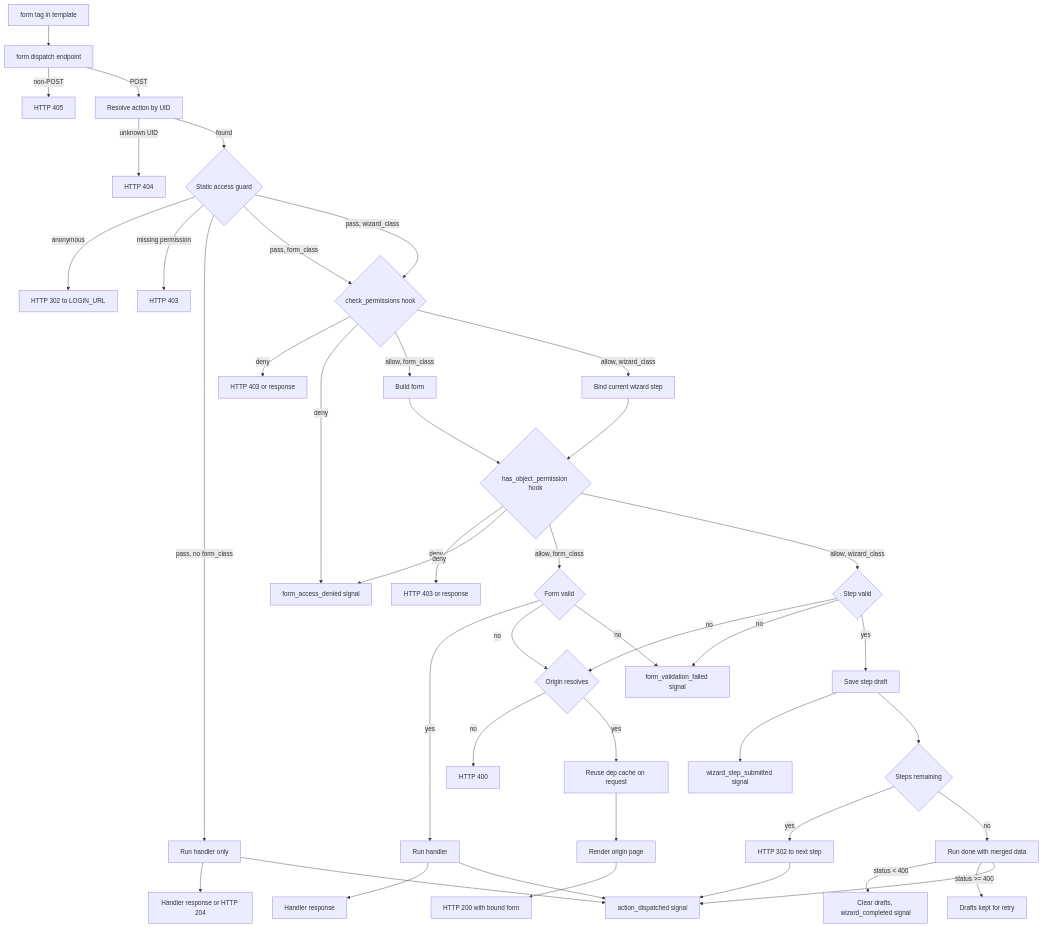
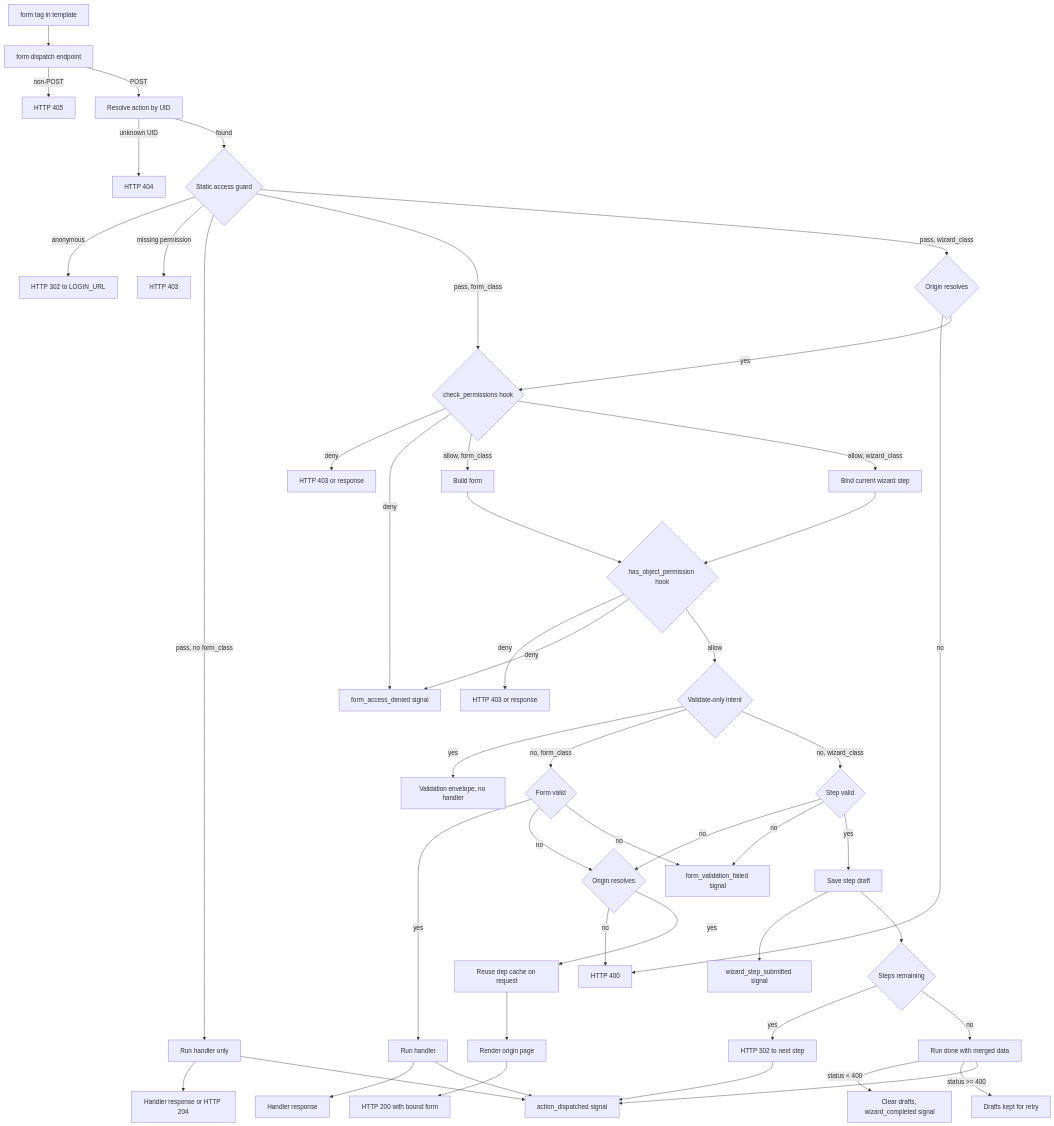
One commit to next-dj/next-dj changed the diagram in docs/content/internals/action-dispatch.rst. Above: the diagram before and after it, drawn with Mermaid. The commit also changed other lines of this file and 117 other files, not shown here.

```diff
--- a/docs/content/internals/action-dispatch.rst
+++ b/docs/content/internals/action-dispatch.rst
@@ -23,45 +23,49 @@
 .. mermaid::
 
    flowchart TB
        Template["form tag in template"] --> Endpoint["form dispatch endpoint"]
        Endpoint -- "non-POST" --> NotAllowed["HTTP 405"]
        Endpoint -- POST --> Lookup["Resolve action by UID"]
        Lookup -- unknown UID --> NotFound["HTTP 404"]
        Lookup -- found --> Guard{"Static access guard"}
        Guard -- anonymous --> LoginRedirect["HTTP 302 to LOGIN_URL"]
        Guard -- "missing permission" --> Forbidden["HTTP 403"]
        Guard -- "pass, no form_class" --> HandlerOnly["Run handler only"]
        Guard -- "pass, form_class" --> ViewHook{"check_permissions hook"}
-       Guard -- "pass, wizard_class" --> ViewHook
+       Guard -- "pass, wizard_class" --> WizardOrigin{"Origin resolves"}
+       WizardOrigin -- no --> BadRequest["HTTP 400"]
+       WizardOrigin -- yes --> ViewHook
        ViewHook -- "deny" --> HookDenied["HTTP 403 or response"]
        ViewHook -- "deny" --> AccessDenied["form_access_denied signal"]
        ViewHook -- "allow, form_class" --> Build["Build form"]
        ViewHook -- "allow, wizard_class" --> WizardStep["Bind current wizard step"]
        HandlerOnly --> HandlerOnlyResponse["Handler response or HTTP 204"]
        HandlerOnly --> ActionDispatched["action_dispatched signal"]
        Build --> ObjectHook{"has_object_permission hook"}
        WizardStep --> ObjectHook
        ObjectHook -- "deny" --> ObjectDenied["HTTP 403 or response"]
        ObjectHook -- "deny" --> AccessDenied
-       ObjectHook -- "allow, form_class" --> Validate{"Form valid"}
-       ObjectHook -- "allow, wizard_class" --> WizardValid{"Step valid"}
+       ObjectHook -- allow --> ValidateOnly{"Validate-only intent"}
+       ValidateOnly -- yes --> ValidateEnvelope["Validation envelope, no handler"]
+       ValidateOnly -- "no, form_class" --> Validate{"Form valid"}
+       ValidateOnly -- "no, wizard_class" --> WizardValid{"Step valid"}
        Validate -- yes --> Handler["Run handler"]
        Handler --> Response["Handler response"]
        Handler --> ActionDispatched
        Validate -- no --> Origin{"Origin resolves"}
        Origin -- no --> BadRequest["HTTP 400"]
        Origin -- yes --> ShareCache["Reuse dep cache on request"]
        ShareCache --> RenderOrigin["Render origin page"]
        RenderOrigin --> RerenderHTML["HTTP 200 with bound form"]
        Validate -- no --> FormFailed["form_validation_failed signal"]
        WizardValid -- no --> Origin
        WizardValid -- no --> FormFailed
        WizardValid -- yes --> SaveStep["Save step draft"]
        SaveStep --> StepSubmitted["wizard_step_submitted signal"]
        SaveStep --> StepsLeft{"Steps remaining"}
        StepsLeft -- yes --> Advance["HTTP 302 to next step"]
        StepsLeft -- no --> Done["Run done with merged data"]
        Done -- "status < 400" --> Completed["Clear drafts, wizard_completed signal"]
        Done -- "status >= 400" --> KeepDrafts["Drafts kept for retry"]
        Advance --> ActionDispatched
        Done --> ActionDispatched
```
